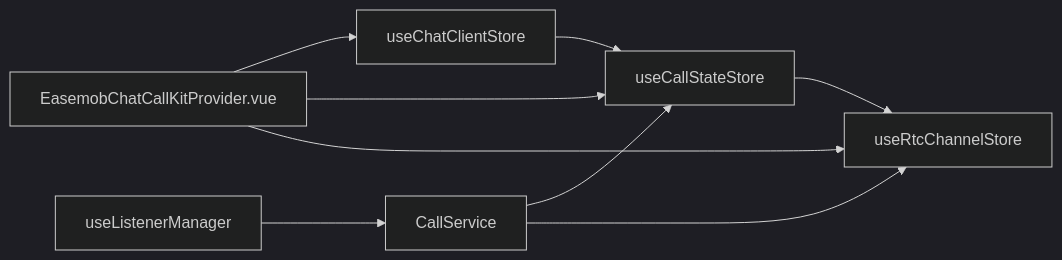
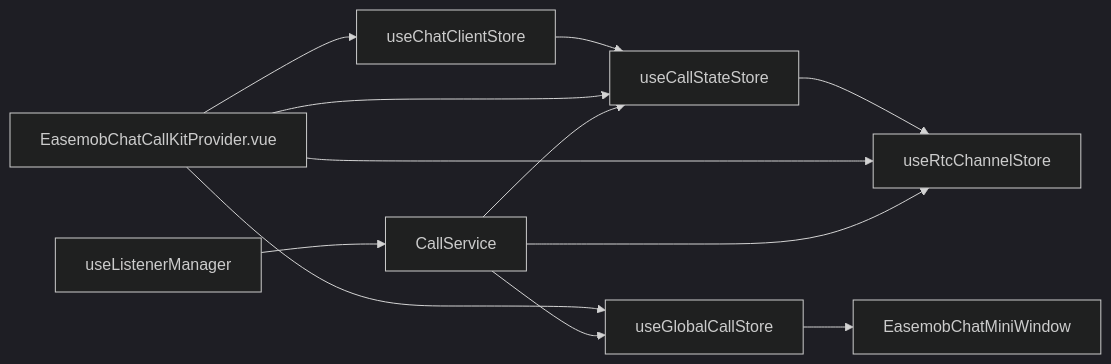
The seventh of 10 diagrams in .qoder/repowiki/zh/content/服务层/通话服务 (CallService).md (Easemob-Community/easemob-uikit-callkit-vue3), drawn with Mermaid (dark theme) before and after one commit. The commit also changed other lines of this file and 58 other files, not shown here.

````diff
--- a/.qoder/repowiki/zh/content/服务层/通话服务 (CallService).md
+++ b/.qoder/repowiki/zh/content/服务层/通话服务 (CallService).md
@@ -401,11 +441,14 @@
 ```mermaid
 graph LR
 CCS["useChatClientStore"] --> CSS["useCallStateStore"]
 CSS --> RCS["useRtcChannelStore"]
+GCS["useGlobalCallStore"] --> MCW["EasemobChatMiniWindow"]
 ECP["EasemobChatCallKitProvider.vue"] --> CCS
 ECP --> CSS
 ECP --> RCS
+ECP --> GCS
 ULM["useListenerManager"] --> CS["CallService"]
 CS --> CSS
 CS --> RCS
+CS --> GCS
 ```
````
